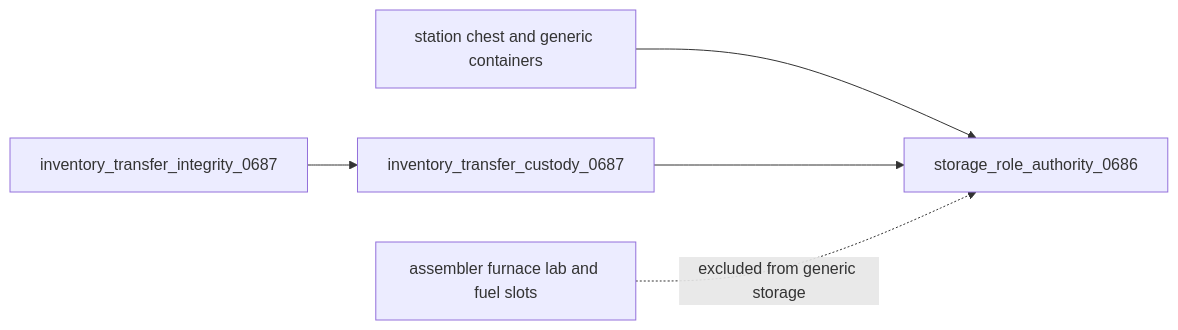
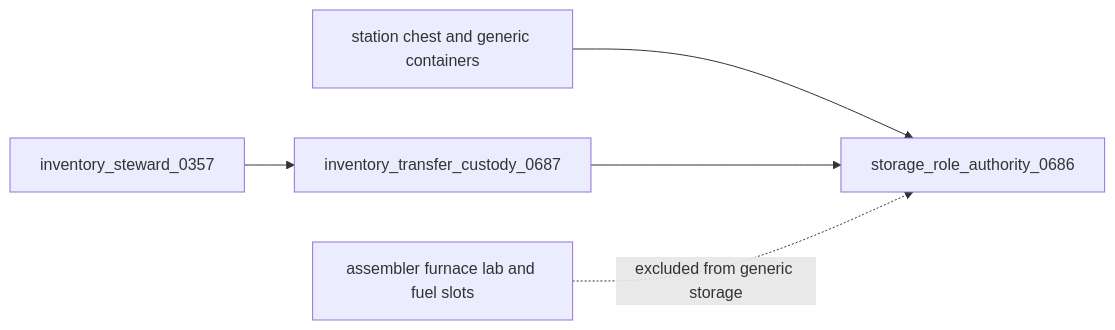
Before and after one commit to mrcalzon02/Tech-Priests: diagram 11 of 14 in docs/RECOVERY_AUTHORITY_MAP_CURRENT.md, drawn with Mermaid. The commit also changed other lines of this file and 141 other files, not shown here.

````diff
--- a/docs/RECOVERY_AUTHORITY_MAP_CURRENT.md
+++ b/docs/RECOVERY_AUTHORITY_MAP_CURRENT.md
@@ -210,7 +210,7 @@
 ```mermaid
 flowchart LR
     Containers[station chest and generic containers] --> Storage[storage_role_authority_0686]
-    PriestCargo[inventory_transfer_integrity_0687] --> TransferCustody[inventory_transfer_custody_0687]
+    PriestCargo[inventory_steward_0357] --> TransferCustody[inventory_transfer_custody_0687]
     TransferCustody --> Storage
     MachineSlots[assembler furnace lab and fuel slots] -. excluded from generic storage .-> Storage
 ```
````
